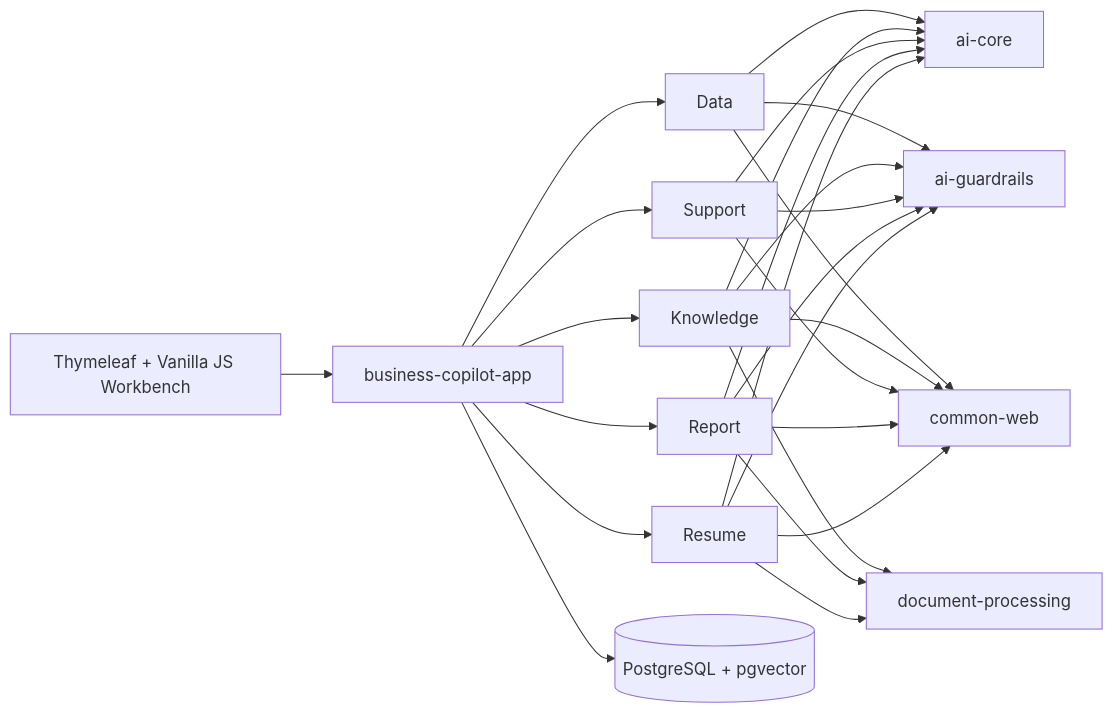
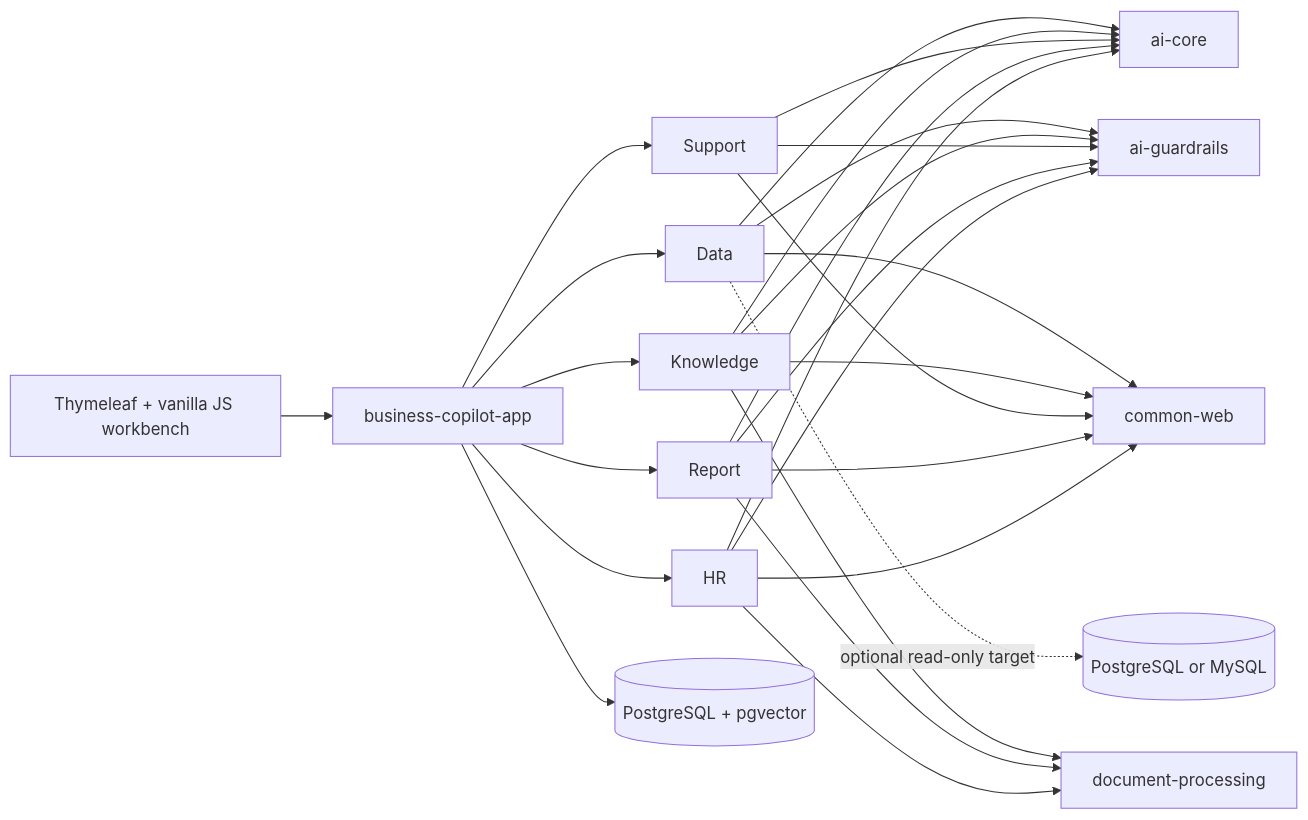
Before and after one commit to qcodingdev/spring-ai-business-copilot: the diagram in README.md, drawn with Mermaid. The commit also changed other lines of this file and 2 other files, not shown here.

````diff
--- a/README.md
+++ b/README.md
@@ -163,10 +128,11 @@
 ```mermaid
 flowchart LR
-    UI["Thymeleaf + Vanilla JS Workbench"] --> APP["business-copilot-app"]
-    APP --> DATA["Data"] & KNOW["Knowledge"] & SUPPORT["Support"] & REPORT["Report"] & RESUME["Resume"]
-    KNOW & REPORT & RESUME --> DOC["document-processing"]
-    DATA & KNOW & SUPPORT & REPORT & RESUME --> AI["ai-core"]
-    DATA & KNOW & SUPPORT & REPORT & RESUME --> GUARD["ai-guardrails"]
-    DATA & KNOW & SUPPORT & REPORT & RESUME --> WEB["common-web"]
+    UI["Thymeleaf + vanilla JS workbench"] --> APP["business-copilot-app"]
+    APP --> DATA["Data"] & KNOW["Knowledge"] & SUPPORT["Support"] & REPORT["Report"] & HR["HR"]
+    KNOW & REPORT & HR --> DOC["document-processing"]
+    DATA & KNOW & SUPPORT & REPORT & HR --> AI["ai-core"]
+    DATA & KNOW & SUPPORT & REPORT & HR --> GUARD["ai-guardrails"]
+    DATA & KNOW & SUPPORT & REPORT & HR --> WEB["common-web"]
     APP --> DB[("PostgreSQL + pgvector")]
+    DATA -. optional read-only target .-> BIZ[("PostgreSQL or MySQL")]
 ```
````
